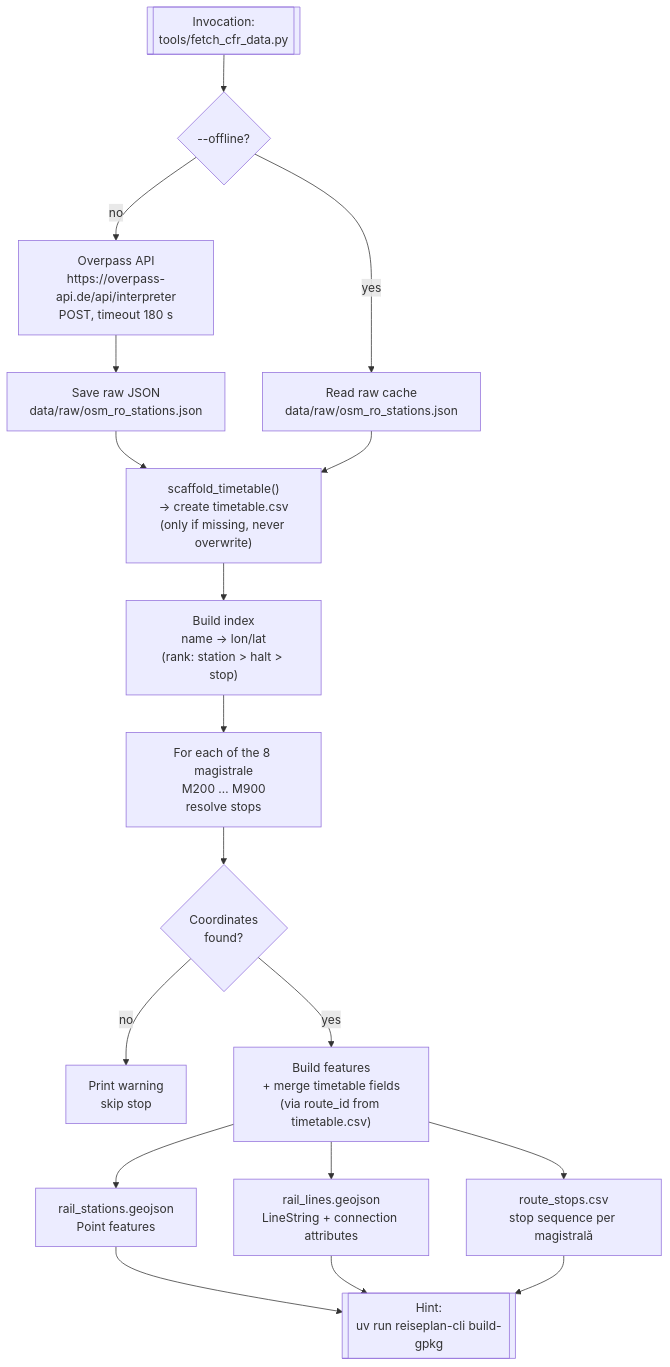
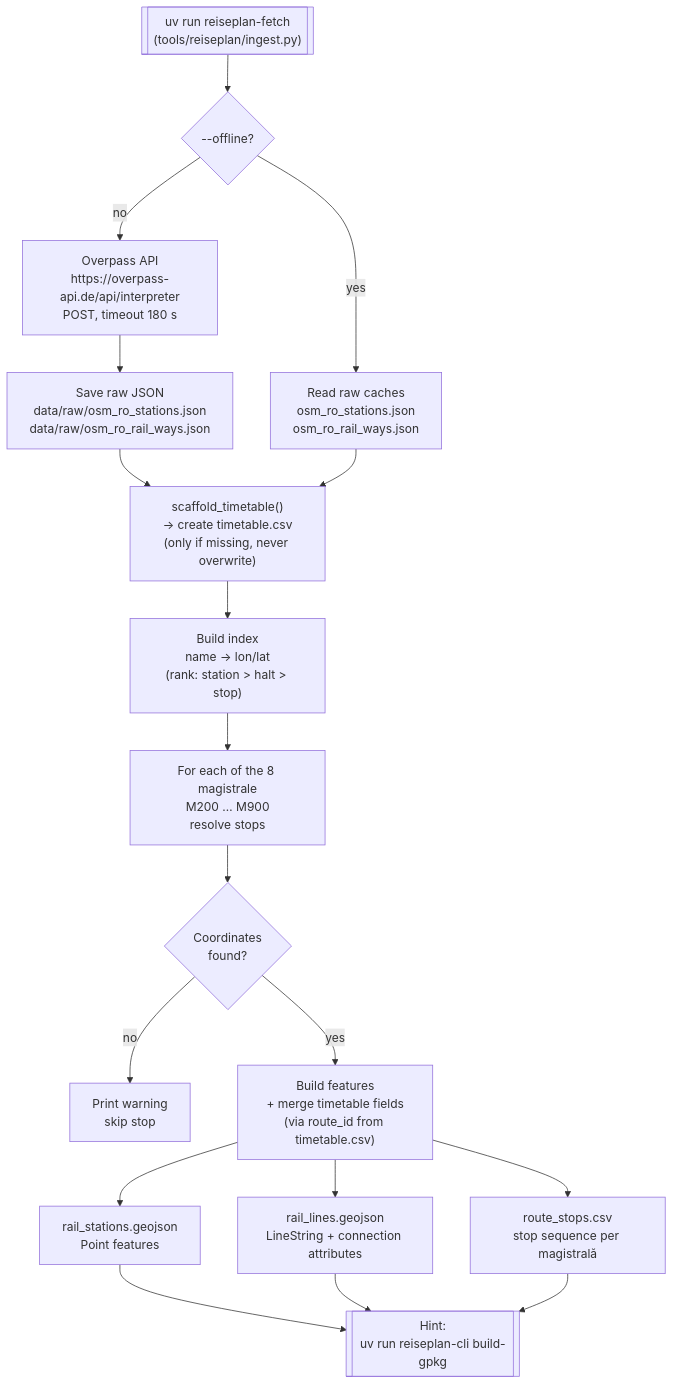
One commit to yuszuv/ulmer-schachtel changed the second of 5 diagrams in docs/06_cfr_data_fetch.md. Above: the diagram before and after it, drawn with Mermaid. The commit also changed other lines of this file and 5 other files, not shown here.

````diff
--- a/docs/06_cfr_data_fetch.md
+++ b/docs/06_cfr_data_fetch.md
@@ -70,27 +70,27 @@
 ```mermaid
 flowchart TD
-    A[["Invocation:\ntools/fetch_cfr_data.py"]] --> B{--offline?}
+    A[["uv run reiseplan-fetch\n(tools/reiseplan/ingest.py)"]] --> B{--offline?}
 
     B -- no --> C["Overpass API\nhttps://overpass-api.de/api/interpreter\nPOST, timeout 180 s"]
-    C --> D["Save raw JSON\ndata/raw/osm_ro_stations.json"]
-    B -- yes  --> E["Read raw cache\ndata/raw/osm_ro_stations.json"]
+    C --> D["Save raw JSON\ndata/raw/osm_ro_stations.json\ndata/raw/osm_ro_rail_ways.json"]
+    B -- yes  --> E["Read raw caches\nosm_ro_stations.json\nosm_ro_rail_ways.json"]
     D --> F
     E --> F
 
     F["scaffold_timetable()\n→ create timetable.csv\n(only if missing, never overwrite)"]
     F --> G["Build index\nname → lon/lat\n(rank: station > halt > stop)"]
 
     G --> H["For each of the 8 magistrale\nM200 … M900\nresolve stops"]
 
     H --> I{"Coordinates\nfound?"}
     I -- no --> J["Print warning\nskip stop"]
     I -- yes  --> K["Build features\n+ merge timetable fields\n(via route_id from timetable.csv)"]
 
     K --> L["rail_stations.geojson\nPoint features"]
     K --> M["rail_lines.geojson\nLineString + connection attributes"]
     K --> N["route_stops.csv\nstop sequence per magistrală"]
 
     L --> O[["Hint:\nuv run reiseplan-cli build-gpkg"]]
     M --> O
     N --> O
 ```
````
